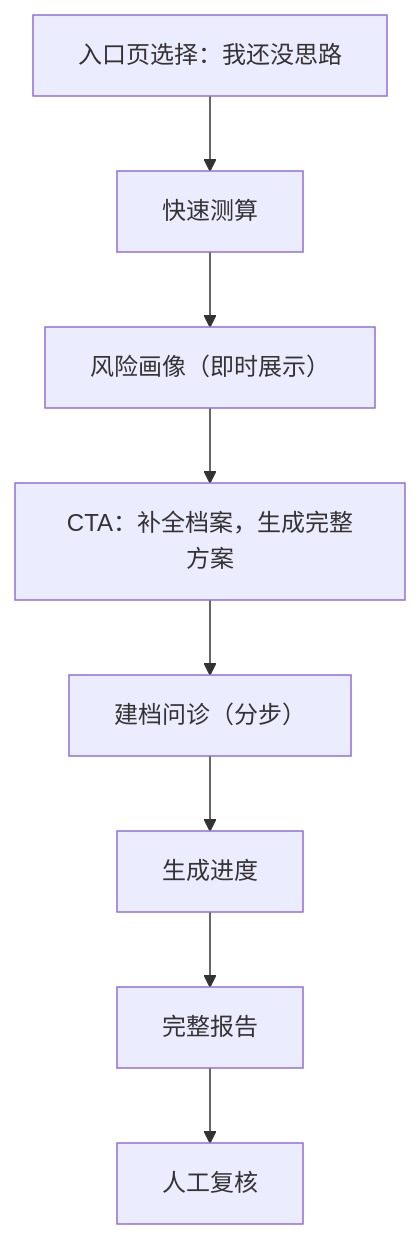
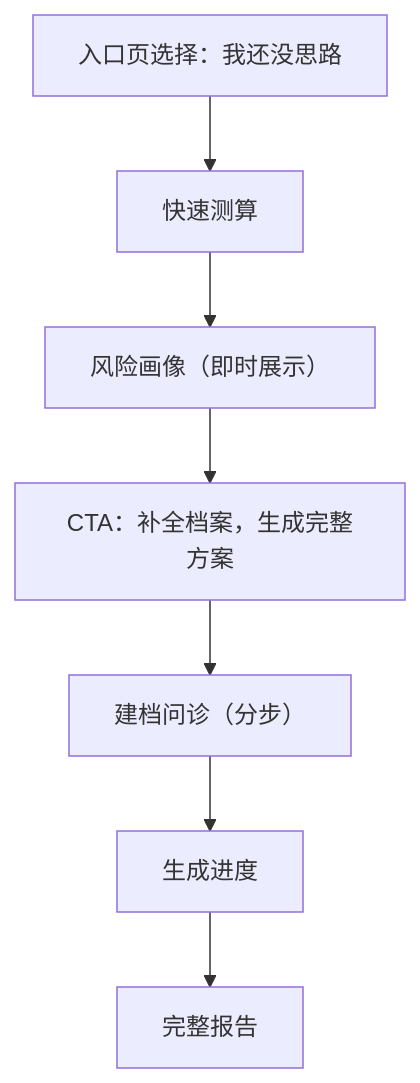
One commit to debugzhao/jin-guide changed the second of 5 diagrams in docs/frontend-prd.md. Above: the diagram before and after it, drawn with Mermaid. The commit also changed other lines of this file and 2 other files, not shown here.

````diff
--- a/docs/frontend-prd.md
+++ b/docs/frontend-prd.md
@@ -222,10 +230,9 @@
 ```mermaid
 flowchart TD
   A["入口页选择：我还没思路"] --> B["快速测算"]
   B --> C["风险画像（即时展示）"]
   C --> D["CTA：补全档案，生成完整方案"]
   D --> E["建档问诊（分步）"]
   E --> F["生成进度"]
   F --> G["完整报告"]
-  G --> H["人工复核"]
 ```
````
